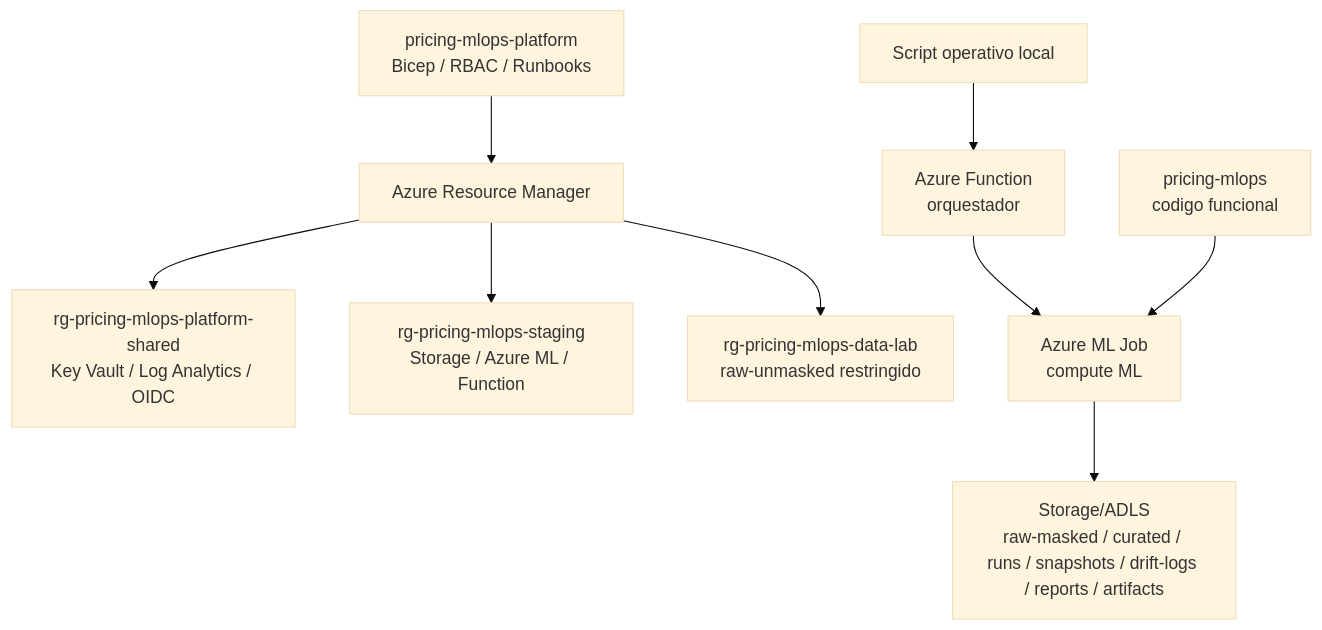
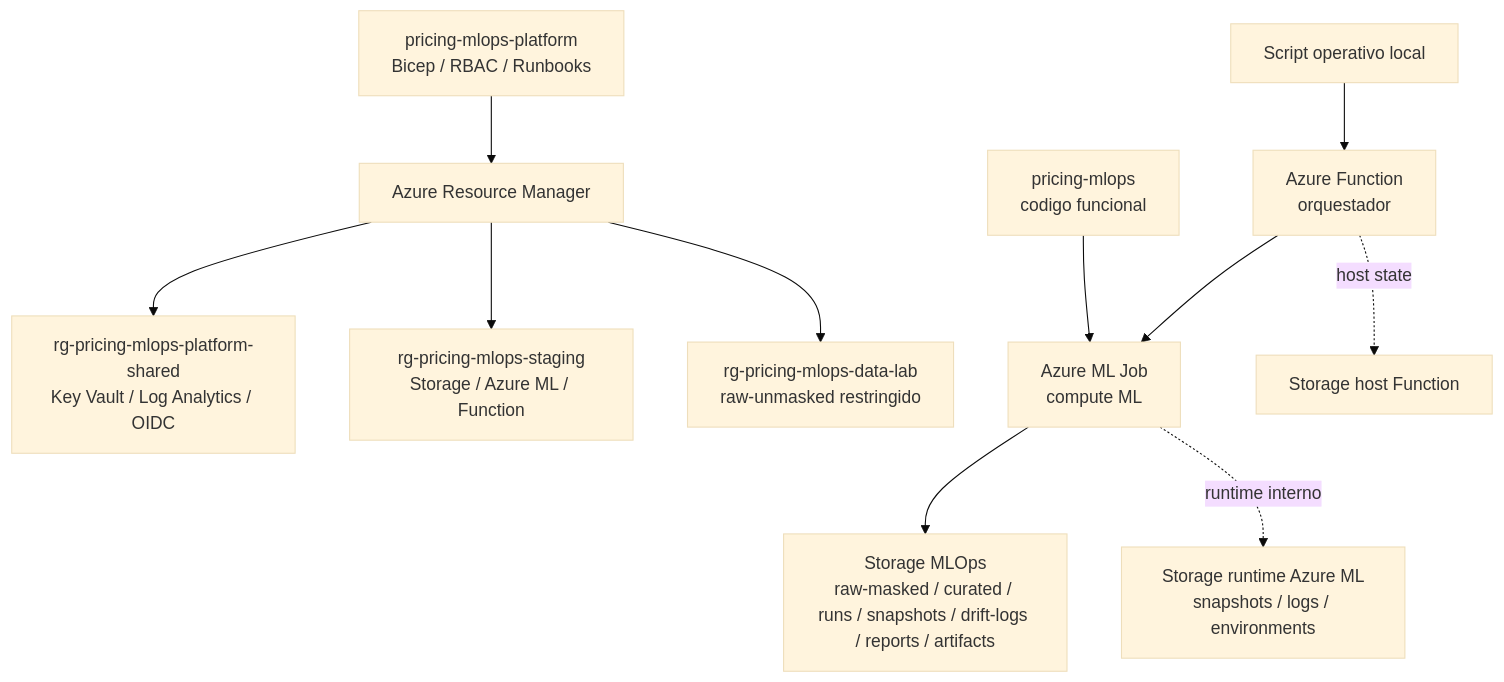
One commit to tecmx-team46-pricing/pricing-mlops-platform changed the diagram in README.md. Above: the diagram before and after it, drawn with Mermaid (base theme). The commit also changed other lines of this file and 8 other files, not shown here.

Commit message:
Add Azure ML runtime storage separation

````diff
--- a/README.md
+++ b/README.md
@@ -20,12 +20,14 @@
 ```mermaid
 flowchart TD
   Platform["pricing-mlops-platform<br/>Bicep / RBAC / Runbooks"] --> ARM["Azure Resource Manager"]
   ARM --> Shared["rg-pricing-mlops-platform-shared<br/>Key Vault / Log Analytics / OIDC"]
   ARM --> Staging["rg-pricing-mlops-staging<br/>Storage / Azure ML / Function"]
   ARM --> DataLab["rg-pricing-mlops-data-lab<br/>raw-unmasked restringido"]
 
   Operator["Script operativo local"] --> Function["Azure Function<br/>orquestador"]
   Function --> AML["Azure ML Job<br/>compute ML"]
-  AML --> Storage["Storage/ADLS<br/>raw-masked / curated / runs / snapshots / drift-logs / reports / artifacts"]
+  AML --> Storage["Storage MLOps<br/>raw-masked / curated / runs / snapshots / drift-logs / reports / artifacts"]
+  AML -. runtime interno .-> AMLRuntime["Storage runtime Azure ML<br/>snapshots / logs / environments"]
+  Function -. host state .-> FunctionStorage["Storage host Function"]
   ModelRepo["pricing-mlops<br/>codigo funcional"] --> AML
 ```
````
